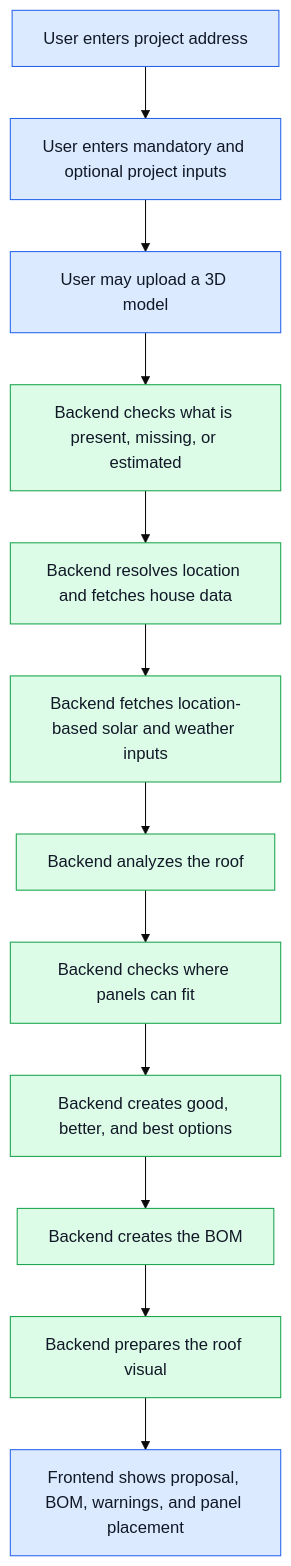
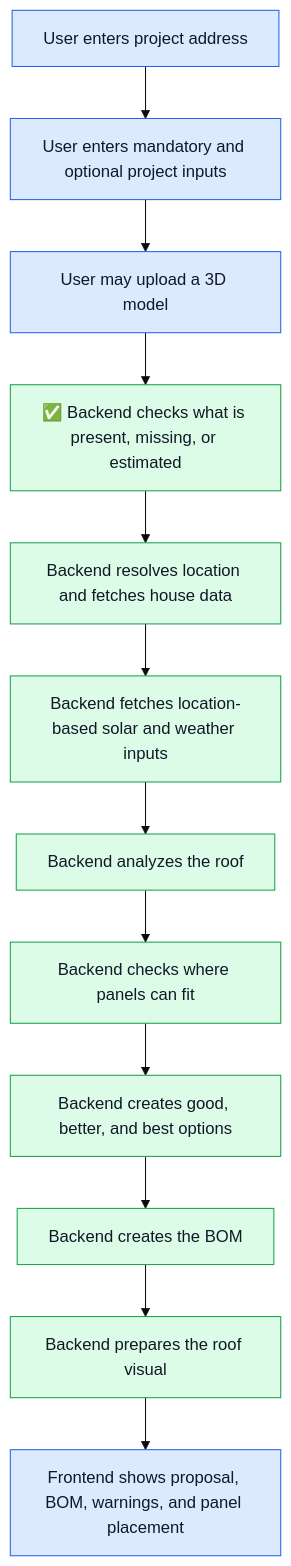
Before and after one commit to robinwettstaedt/roofee: the diagram in backend/README.md, drawn with Mermaid (base theme). The commit also changed other lines of this file, not shown here.

Commit message:
Mark implemented validation step in README

````diff
--- a/backend/README.md
+++ b/backend/README.md
@@ -9,21 +9,21 @@
 ```mermaid
 flowchart TD
     A["User enters project address"]
     A --> B["User enters mandatory and optional project inputs"]
     B --> C["User may upload a 3D model"]
-    C --> D["Backend checks what is present, missing, or estimated"]
+    C --> D["✅ Backend checks what is present, missing, or estimated"]
     D --> E["Backend resolves location and fetches house data"]
     E --> F["Backend fetches location-based solar and weather inputs"]
     F --> G["Backend analyzes the roof"]
     G --> H["Backend checks where panels can fit"]
     H --> I["Backend creates good, better, and best options"]
     I --> J["Backend creates the BOM"]
     J --> K["Backend prepares the roof visual"]
     K --> L["Frontend shows proposal, BOM, warnings, and panel placement"]
 
     classDef frontend fill:#dbeafe,stroke:#2563eb,color:#111827
     classDef backend fill:#dcfce7,stroke:#16a34a,color:#111827
 
     class A,B,C,L frontend
     class D,E,F,G,H,I,J,K backend
 ```
````
